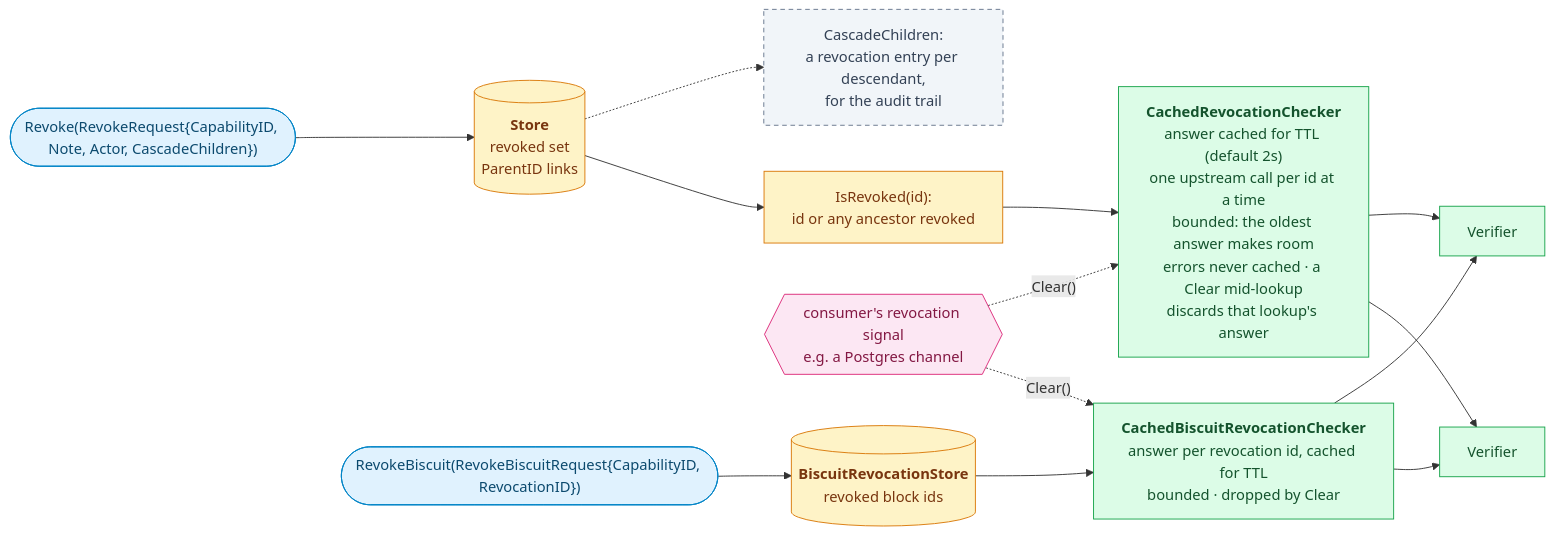
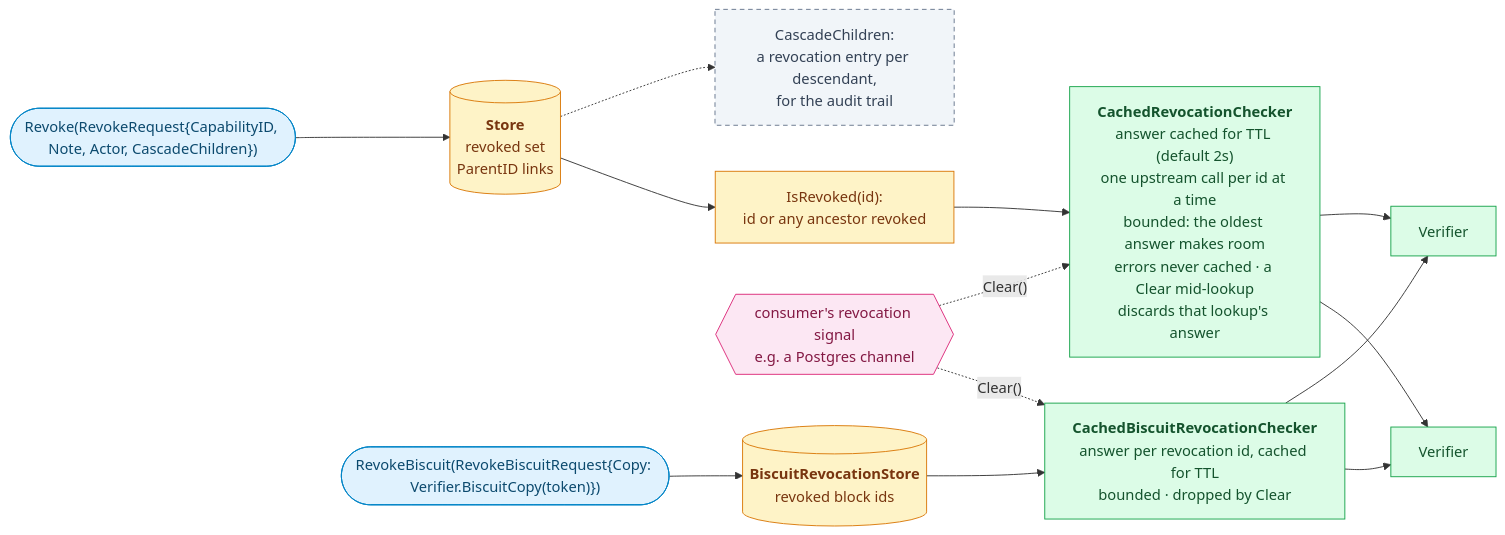
One commit to oleg-tkachuk/limes changed diagram 11 of 11 in docs/diagrams.md. Above: the diagram before and after it, drawn with Mermaid. The commit also changed 12 other files, not shown here.

First line of the commit message:
fix(biscuit)!: revoke only a copy the verifier read

````diff
--- a/docs/diagrams.md
+++ b/docs/diagrams.md
@@ -702,36 +702,36 @@
 ```mermaid
 flowchart LR
     op(["Revoke(RevokeRequest{CapabilityID, Note, Actor, CascadeChildren})"])
     store[("<b>Store</b><br/>revoked set<br/>ParentID links")]
     cascade["CascadeChildren:<br/>a revocation entry per descendant,<br/>for the audit trail"]
     chain["IsRevoked(id):<br/>id or any ancestor revoked"]
     cache["<b>CachedRevocationChecker</b><br/>answer cached for TTL (default 2s)<br/>one upstream call per id at a time<br/>bounded: the oldest answer makes room<br/>errors never cached · a Clear mid-lookup<br/>discards that lookup's answer"]
     notify{{"consumer's revocation signal<br/>e.g. a Postgres channel"}}
-    bop(["RevokeBiscuit(RevokeBiscuitRequest{CapabilityID, RevocationID})"])
+    bop(["RevokeBiscuit(RevokeBiscuitRequest{Copy: Verifier.BiscuitCopy(token)})"])
     blist[("<b>BiscuitRevocationStore</b><br/>revoked block ids")]
     bcache["<b>CachedBiscuitRevocationChecker</b><br/>answer per revocation id, cached for TTL<br/>bounded · dropped by Clear"]
     v1["Verifier"]
     v2["Verifier"]
 
     op --> store
     store -.-> cascade
     store --> chain --> cache
     cache --> v1
     cache --> v2
     notify -. "Clear()" .-> cache
     bop --> blist --> bcache
     bcache --> v1
     bcache --> v2
     notify -. "Clear()" .-> bcache
 
     classDef client fill:#E0F2FE,stroke:#0284C7,color:#0C4A6E
     classDef role fill:#DCFCE7,stroke:#16A34A,color:#14532D
     classDef optional fill:#F1F5F9,stroke:#64748B,color:#334155,stroke-dasharray:5 4
     classDef store fill:#FEF3C7,stroke:#D97706,color:#78350F
     classDef external fill:#FCE7F3,stroke:#DB2777,color:#831843
     class op,bop client
     class v1,v2,cache,bcache role
     class cascade optional
     class store,chain,blist store
     class notify external
 ```
````
